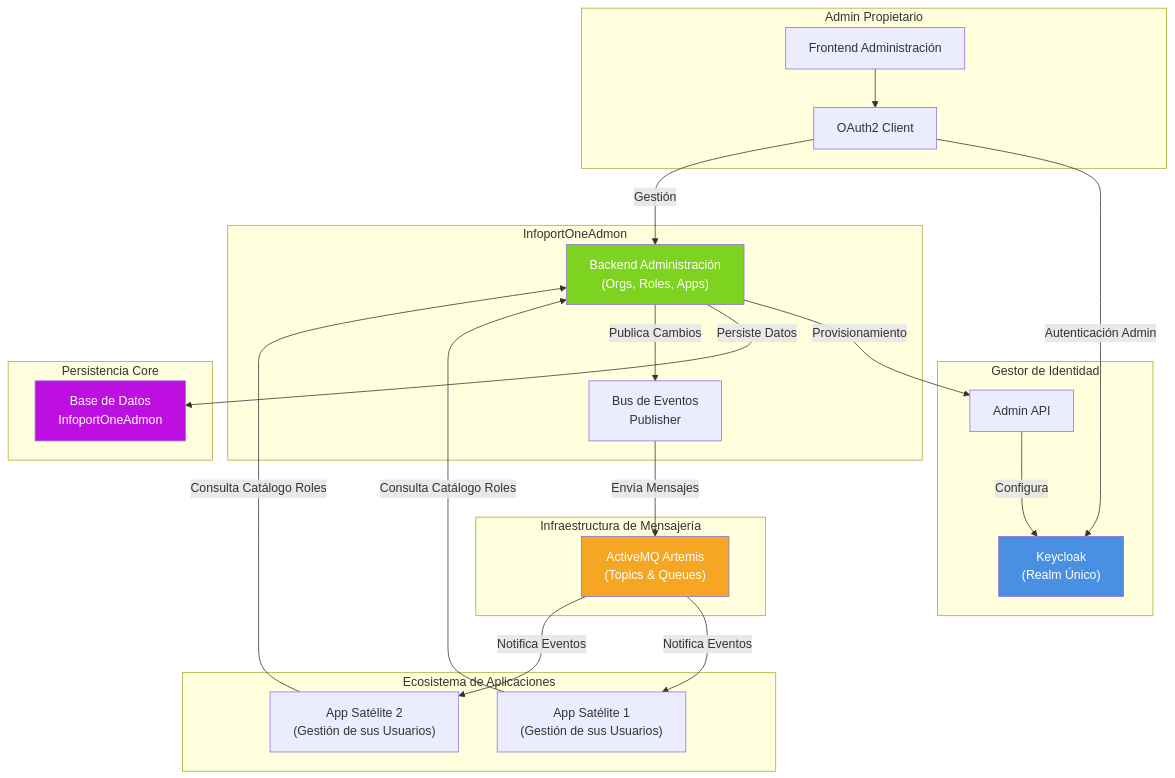
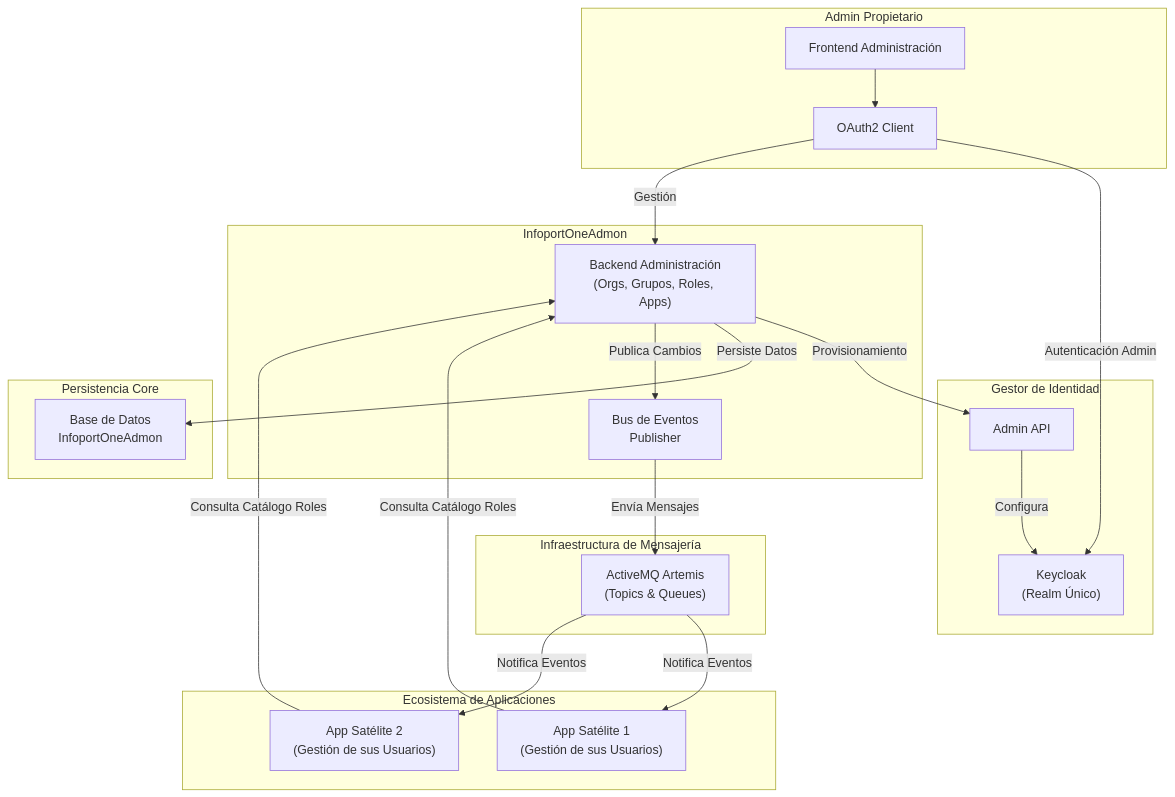
The first of 6 diagrams in 01-Descripción general del Producto.md (malbert-infoport/AI4Devs), drawn with Mermaid before and after one commit. The commit also changed other lines of this file and 1 other file, not shown here.

````diff
--- a/01-Descripción general del Producto.md
+++ b/01-Descripción general del Producto.md
@@ -110,54 +125,48 @@
 ```mermaid
 graph TB
     subgraph Cliente_Admin[Admin Propietario]
         A1[Frontend Administración]
         A2[OAuth2 Client]
     end
     
     subgraph Gestor_Identidad[Gestor de Identidad]
         K1["Keycloak<br/>(Realm Único)"]
         K2["Admin API"]
     end
     
     subgraph InfoportOneAdmon[InfoportOneAdmon]
-        S1["Backend Administración<br/>(Orgs, Roles, Apps)"]
+        S1["Backend Administración<br/>(Orgs, Grupos, Roles, Apps)"]
         S2["Bus de Eventos<br/>Publisher"]
     end
     
     subgraph Infra_Mensajeria[Infraestructura de Mensajería]
         E1["ActiveMQ Artemis<br/>(Topics & Queues)"]
     end
     
     subgraph PersistenciaCore[Persistencia Core]
         D1["Base de Datos<br/>InfoportOneAdmon"]
     end
     
     subgraph EcosistemaApps[Ecosistema de Aplicaciones]
         AP1["App Satélite 1<br/>(Gestión de sus Usuarios)"]
         AP2["App Satélite 2<br/>(Gestión de sus Usuarios)"]
     end
     
     %% Relaciones
     A1 --> A2
     A2 -- "Autenticación Admin" --> K1
     A2 -- "Gestión" --> S1
     
     S1 -- "Provisionamiento" --> K2
     K2 -- "Configura" --> K1
     
     S1 -- "Persiste Datos" --> D1
     S1 -- "Publica Cambios" --> S2
     S2 -- "Envía Mensajes" --> E1
     
     E1 -- "Notifica Eventos" --> AP1
     E1 -- "Notifica Eventos" --> AP2
     
     AP1 -- "Consulta Catálogo Roles" --> S1
     AP2 -- "Consulta Catálogo Roles" --> S1
-    
-    %% Estilos
-    style K1 fill:#4A90E2,color:#fff
-    style S1 fill:#7ED321,color:#fff
-    style E1 fill:#F5A623,color:#fff
-    style D1 fill:#BD10E0,color:#fff
 ```
````
